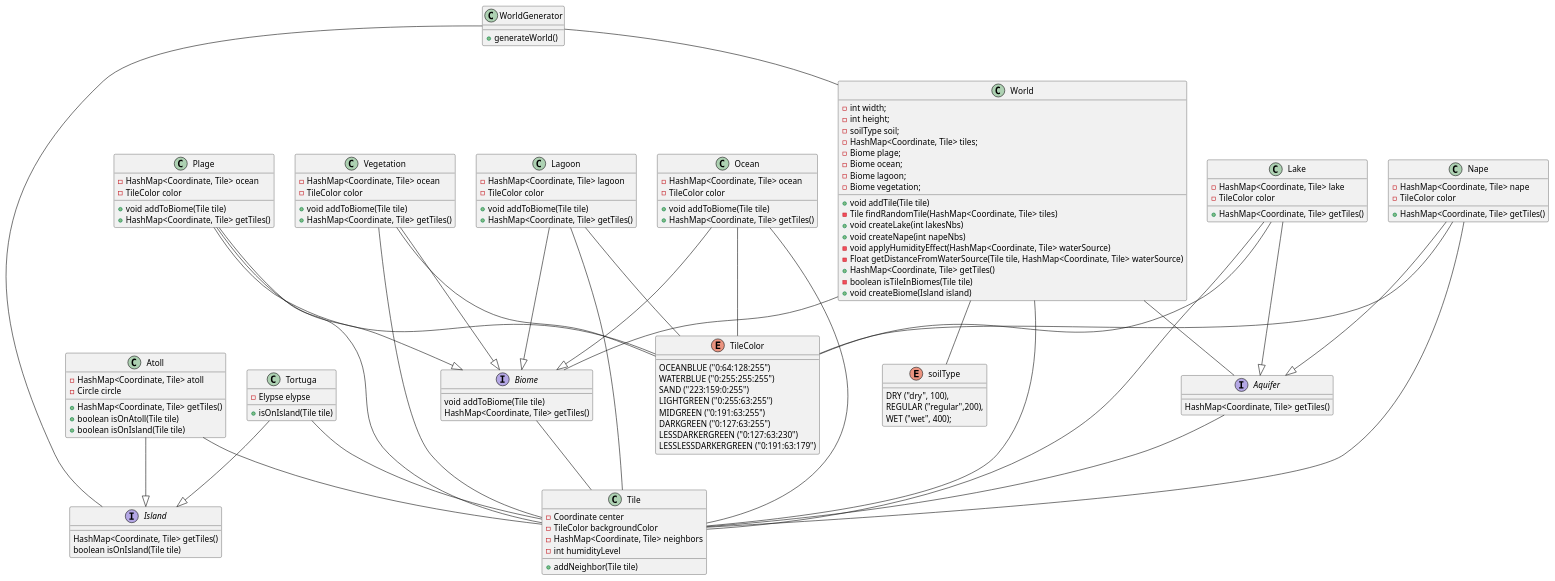
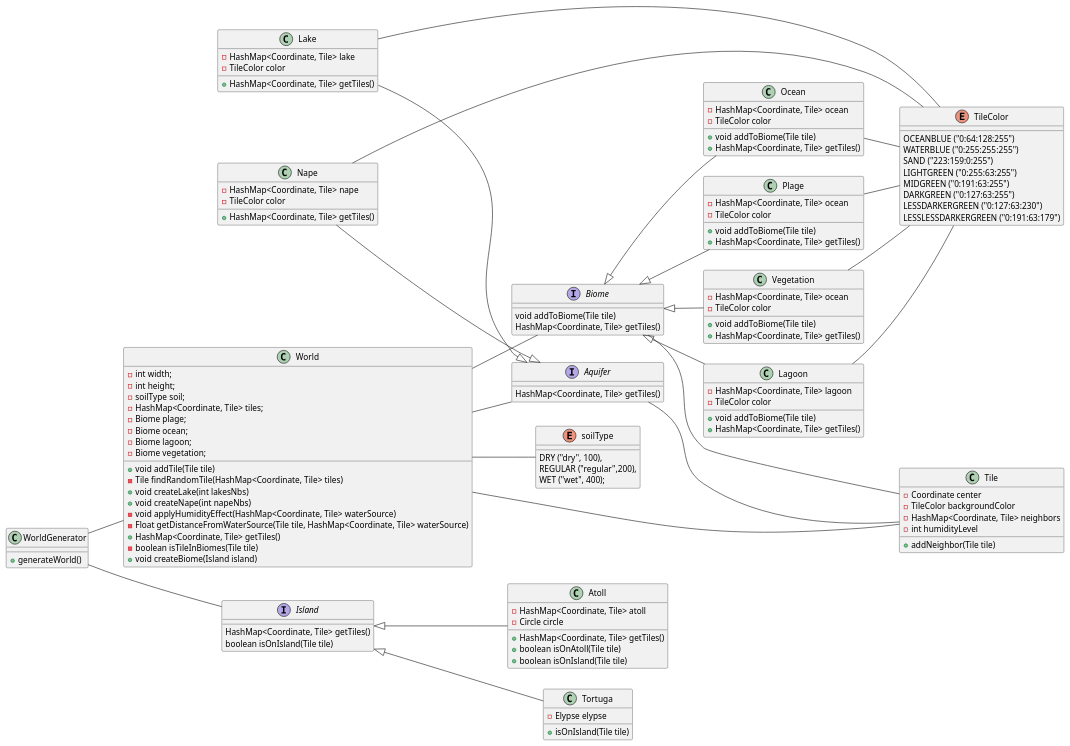
One commit to cryptoswarm/terrain-generator changed the diagram in diagrammeDeClasse_map.puml. Above: the diagram before and after it, drawn with PlantUML. The commit also changed 4 other files, not shown here.

Commit message:
Diagramme de classe

```diff
--- a/diagrammeDeClasse_map.puml
+++ b/diagrammeDeClasse_map.puml
@@ -1,167 +1,160 @@
 @startuml
+left to right direction
 
 Class WorldGenerator {
     + generateWorld()
 }
 
 Interface Aquifer {
     HashMap<Coordinate, Tile> getTiles()
 }
 
 Interface Biome {
     void addToBiome(Tile tile)
     HashMap<Coordinate, Tile> getTiles()
 }
 
 Interface Island {
     HashMap<Coordinate, Tile> getTiles()
     boolean isOnIsland(Tile tile)
 }
 
 class Atoll {
     - HashMap<Coordinate, Tile> atoll
     - Circle circle
     + HashMap<Coordinate, Tile> getTiles()
     + boolean isOnAtoll(Tile tile)
     + boolean isOnIsland(Tile tile)
 }
 
 class World {
     - int width;
     - int height;
     - soilType soil;
     - HashMap<Coordinate, Tile> tiles;
     - Biome plage;
     - Biome ocean;
     - Biome lagoon;
     - Biome vegetation;
     + void addTile(Tile tile)
     - Tile findRandomTile(HashMap<Coordinate, Tile> tiles)
     + void createLake(int lakesNbs)
     + void createNape(int napeNbs)
     - void applyHumidityEffect(HashMap<Coordinate, Tile> waterSource)
     - Float getDistanceFromWaterSource(Tile tile, HashMap<Coordinate, Tile> waterSource)
     + HashMap<Coordinate, Tile> getTiles()
     - boolean isTileInBiomes(Tile tile)
     + void createBiome(Island island)
 }
 
 class Lagoon {
     - HashMap<Coordinate, Tile> lagoon
     - TileColor color
     + void addToBiome(Tile tile)
     + HashMap<Coordinate, Tile> getTiles()
 }
 
 class Lake{
     - HashMap<Coordinate, Tile> lake
     - TileColor color
     + HashMap<Coordinate, Tile> getTiles()
 }
 
 class Nape{
     - HashMap<Coordinate, Tile> nape
     - TileColor color
     + HashMap<Coordinate, Tile> getTiles()
 }
 
 
 class Ocean{
     - HashMap<Coordinate, Tile> ocean
     - TileColor color
     + void addToBiome(Tile tile)
     + HashMap<Coordinate, Tile> getTiles()
 }
 
 class Plage{
     - HashMap<Coordinate, Tile> ocean
     - TileColor color
     + void addToBiome(Tile tile)
     + HashMap<Coordinate, Tile> getTiles()
 }
 
 Class Tile{
     - Coordinate center
     - TileColor backgroundColor
     - HashMap<Coordinate, Tile> neighbors
     - int humidityLevel
     + addNeighbor(Tile tile)
 }
 
 Enum TileColor{
     OCEANBLUE ("0:64:128:255")
     WATERBLUE ("0:255:255:255")
     SAND ("223:159:0:255")
     LIGHTGREEN ("0:255:63:255")
     MIDGREEN ("0:191:63:255")
     DARKGREEN ("0:127:63:255")
     LESSDARKERGREEN ("0:127:63:230")
     LESSLESSDARKERGREEN ("0:191:63:179")
 }
 
 Enum soilType {
     DRY ("dry", 100),
     REGULAR ("regular",200),
     WET ("wet", 400);
 }
 
 Class Tortuga{
     - Elypse elypse
     + isOnIsland(Tile tile)
 }
 
 class Vegetation{
     - HashMap<Coordinate, Tile> ocean
     - TileColor color
     + void addToBiome(Tile tile)
     + HashMap<Coordinate, Tile> getTiles()
 }
 
 WorldGenerator -- World
 WorldGenerator -- Island
 
 World -- Tile
 World -- Aquifer
 World -- Biome
 World -- soilType
 
-Aquifer -- Tile
+Aquifer --- Tile
 Biome -- Tile
 
-Atoll -- Tile
-Atoll --|> Island
+Atoll -up-|> Island
 
-Tortuga -- Tile
-Tortuga --|> Island
+Tortuga -up-|> Island
 
 
 Lake --|> Aquifer
-Lake -- Tile
 Lake -- TileColor
 
 Nape --|> Aquifer
-Nape -- Tile
 Nape -- TileColor
 
 
-Plage --|> Biome
-Plage -- Tile
+Plage -up-|> Biome
 Plage -- TileColor
 
-Ocean --|> Biome
-Ocean -- Tile
+Ocean -up-|> Biome
 Ocean -- TileColor
 
-Vegetation --|> Biome
-Vegetation  -- Tile
+Vegetation -up-|> Biome
 Vegetation -- TileColor
 
-Lagoon --|> Biome
-Lagoon -- Tile
+Lagoon -up-|> Biome
 Lagoon -- TileColor
 
 
 
 
 
 @enduml
```
